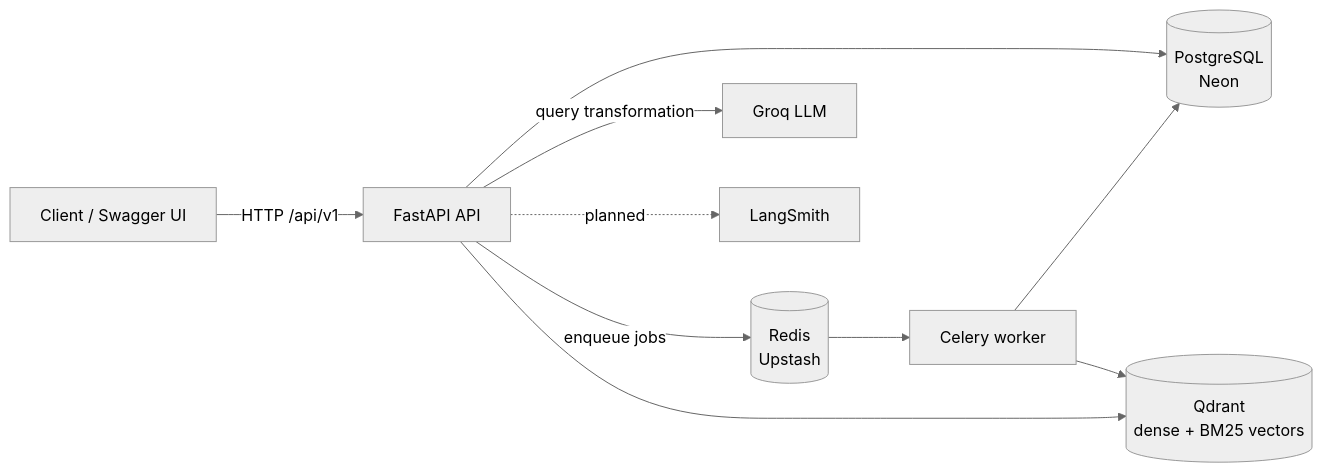
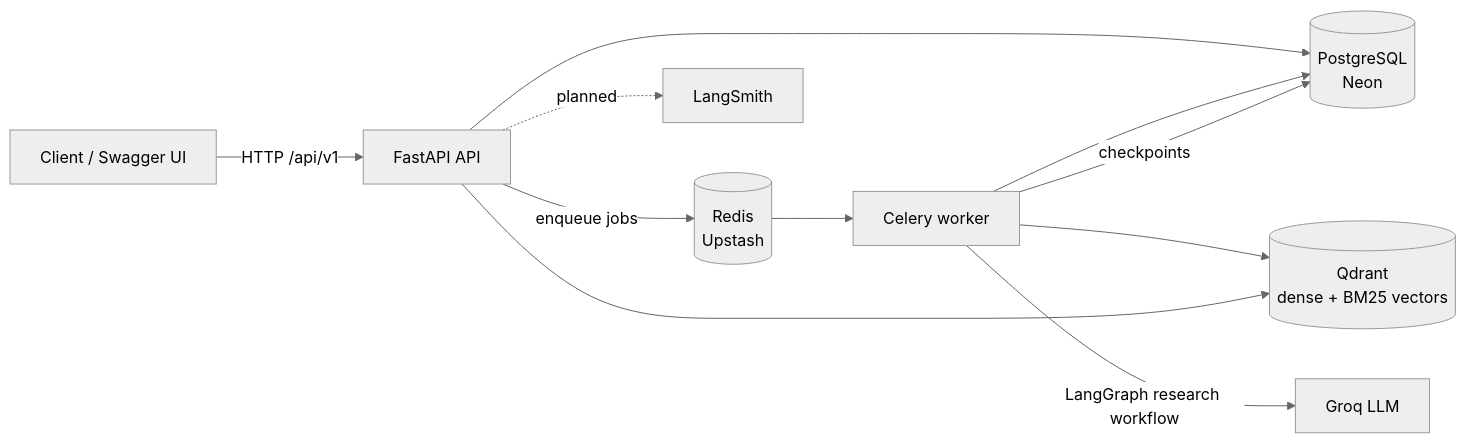
The first of 3 diagrams in README.md (Nazir-Ahmed72/ResearchPilot), drawn with Mermaid (neutral theme) before and after one commit. The commit also changed other lines of this file and 49 other files, not shown here.

Commit message:
M4: LangGraph research workflow with citation verification and Neon checkpoints

````diff
--- a/README.md
+++ b/README.md
@@ -76,12 +86,13 @@
 ```mermaid
 flowchart LR
     client[Client / Swagger UI] -->|HTTP /api/v1| api[FastAPI API]
     api -->|enqueue jobs| redis[(Redis<br/>Upstash)]
     redis --> worker[Celery worker]
     api --> pg[(PostgreSQL<br/>Neon)]
     worker --> pg
     worker --> qdrant[(Qdrant<br/>dense + BM25 vectors)]
     api --> qdrant
-    api -->|query transformation| groq[Groq LLM]
+    worker -->|LangGraph research workflow| groq[Groq LLM]
+    worker -->|checkpoints| pg
     api -. planned .-> langsmith[LangSmith]
 ```
````
